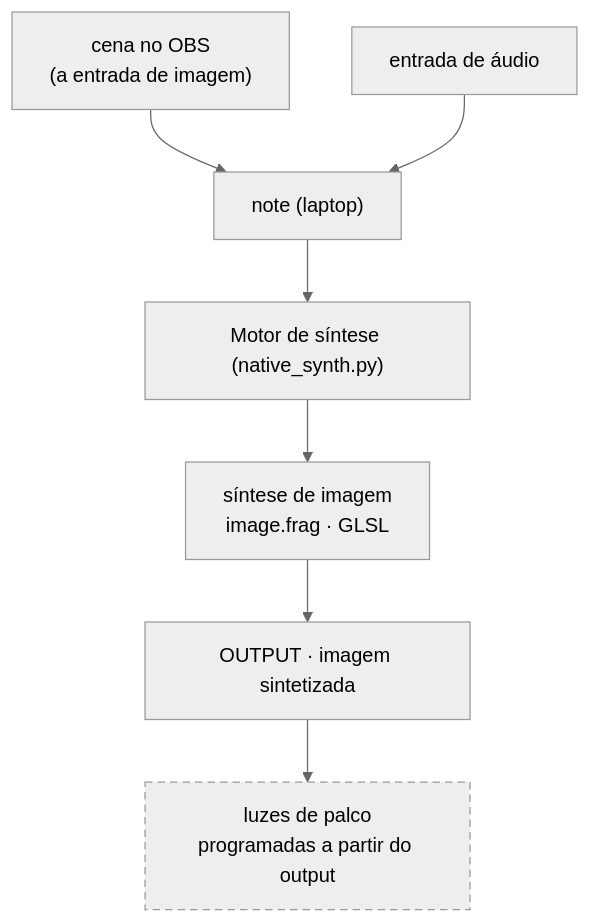
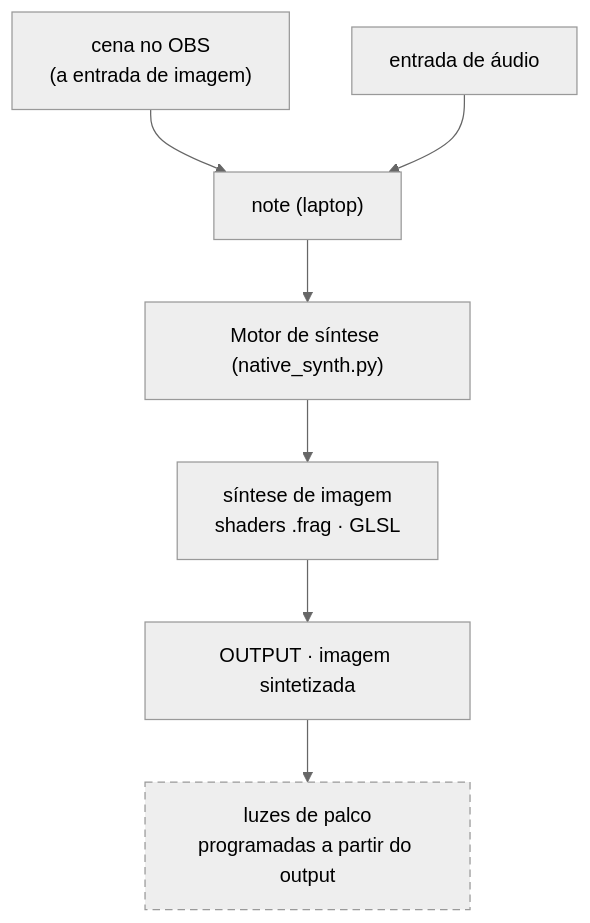
One commit to paulocremas/cremas-synth-lab changed the diagram in README.md. Above: the diagram before and after it, drawn with Mermaid (neutral theme). The commit also changed other lines of this file and 5 other files, not shown here.

````diff
--- a/README.md
+++ b/README.md
@@ -74,12 +76,12 @@
 ```mermaid
 flowchart TD
     OBS["cena no OBS<br/>(a entrada de imagem)"] --> NOTE["note (laptop)"]
     AUDIO["entrada de áudio"] --> NOTE
     NOTE --> APP["Motor de síntese (native_synth.py)"]
-    APP --> SYN["síntese de imagem<br/>image.frag · GLSL"]
+    APP --> SYN["síntese de imagem<br/>shaders .frag · GLSL"]
     SYN --> OUT["OUTPUT · imagem sintetizada"]
     OUT --> LIGHTS["luzes de palco<br/>programadas a partir do output"]
 
     classDef todo stroke-dasharray: 6 4;
     class LIGHTS todo;
 ```
````
